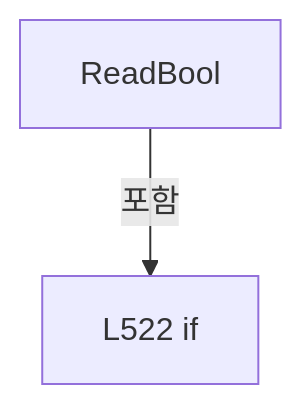
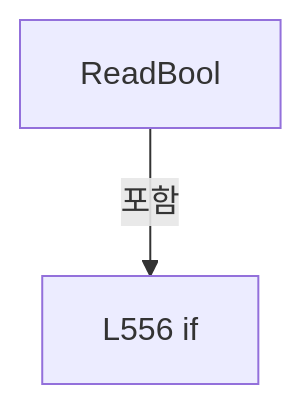
One commit to kjuws10-rgb/Shared changed diagram 16 of 17 in A3 LD Code Ref/files/Drilling.File/JHMI/CSettingFile.cs.md. Above: the diagram before and after it, drawn with Mermaid. The commit also changed other lines of this file and 1984 other files, not shown here.

Commit message:
docs(a3): update 11.17.0 architecture and complete code reference

````diff
--- a/A3 LD Code Ref/files/Drilling.File/JHMI/CSettingFile.cs.md
+++ b/A3 LD Code Ref/files/Drilling.File/JHMI/CSettingFile.cs.md
@@ -2485,6 +2554,6 @@
 ```mermaid
 flowchart TD
  M["ReadBool"]
- N0["L522 if"]
+ N0["L556 if"]
  M -->|포함| N0
 ```
````
